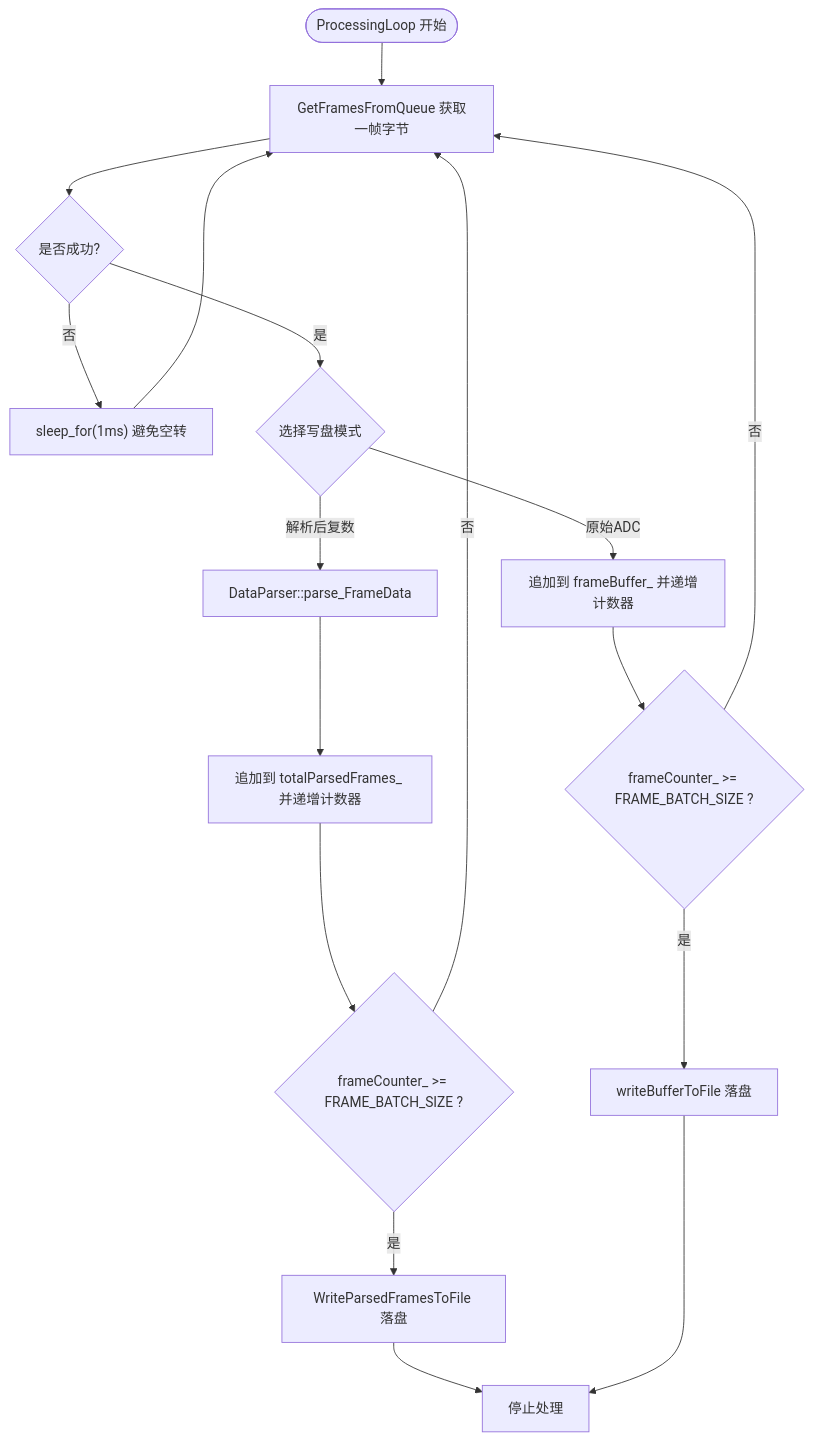
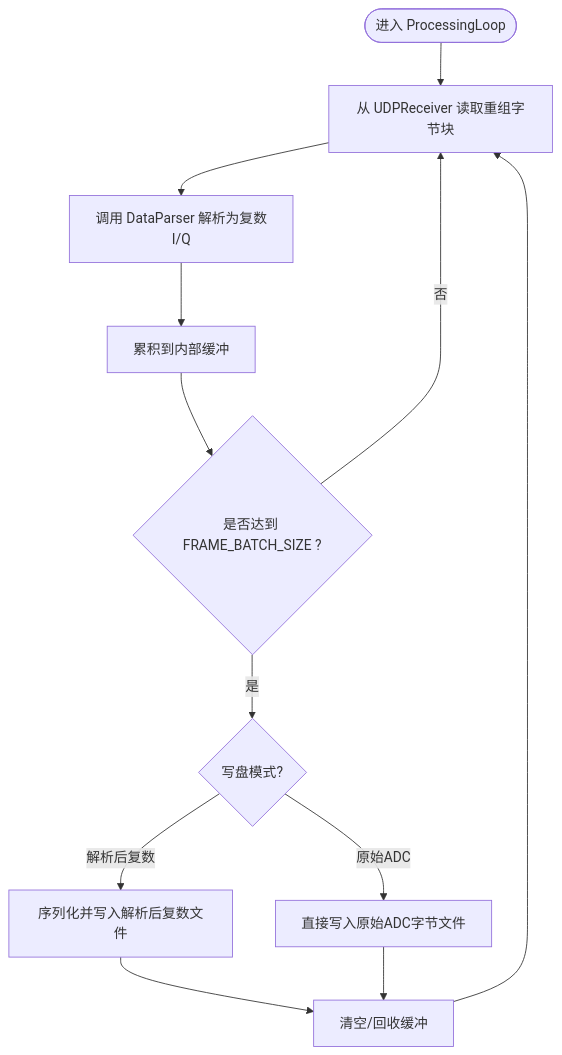
One commit to Lukad77/awr1843-radar-toolkit changed the third of 7 diagrams in .qoder/repowiki/zh/content/实时处理流水线与数据流.md. Above: the diagram before and after it, drawn with Mermaid. The commit also changed other lines of this file and 106 other files, not shown here.

````diff
--- a/.qoder/repowiki/zh/content/实时处理流水线与数据流.md
+++ b/.qoder/repowiki/zh/content/实时处理流水线与数据流.md
@@ -232,16 +128,14 @@
 ```mermaid
 flowchart TD
-Start(["ProcessingLoop 开始"]) --> GetFrame["GetFramesFromQueue 获取一帧字节"]
-GetFrame --> Got{"是否成功?"}
-Got --> |否| Sleep["sleep_for(1ms) 避免空转"] --> GetFrame
-Got --> |是| Branch{"选择写盘模式"}
-Branch --> |解析后复数| Parse["DataParser::parse_FrameData"]
-Parse --> Accumulate["追加到 totalParsedFrames_ 并递增计数器"]
-Accumulate --> CheckBatch{"frameCounter_ >= FRAME_BATCH_SIZE ?"}
-CheckBatch --> |是| WriteParsed["WriteParsedFramesToFile 落盘"] --> Stop["停止处理"]
-CheckBatch --> |否| GetFrame
-Branch --> |原始ADC| AppendRaw["追加到 frameBuffer_ 并递增计数器"]
-AppendRaw --> CheckBatchRaw{"frameCounter_ >= FRAME_BATCH_SIZE ?"}
-CheckBatchRaw --> |是| WriteRaw["writeBufferToFile 落盘"] --> Stop
-CheckBatchRaw --> |否| GetFrame
+Start(["进入 ProcessingLoop"]) --> ReadUDP["从 UDPReceiver 读取重组字节块"]
+ReadUDP --> Parse["调用 DataParser 解析为复数I/Q"]
+Parse --> Accumulate["累积到内部缓冲"]
+Accumulate --> Check{"是否达到 FRAME_BATCH_SIZE ?"}
+Check --> |否| ReadUDP
+Check --> |是| Mode{"写盘模式?"}
+Mode --> |解析后复数| WriteParsed["序列化并写入解析后复数文件"]
+Mode --> |原始ADC| WriteRaw["直接写入原始ADC字节文件"]
+WriteParsed --> ClearBuf["清空/回收缓冲"]
+WriteRaw --> ClearBuf
+ClearBuf --> ReadUDP
 ```
````
